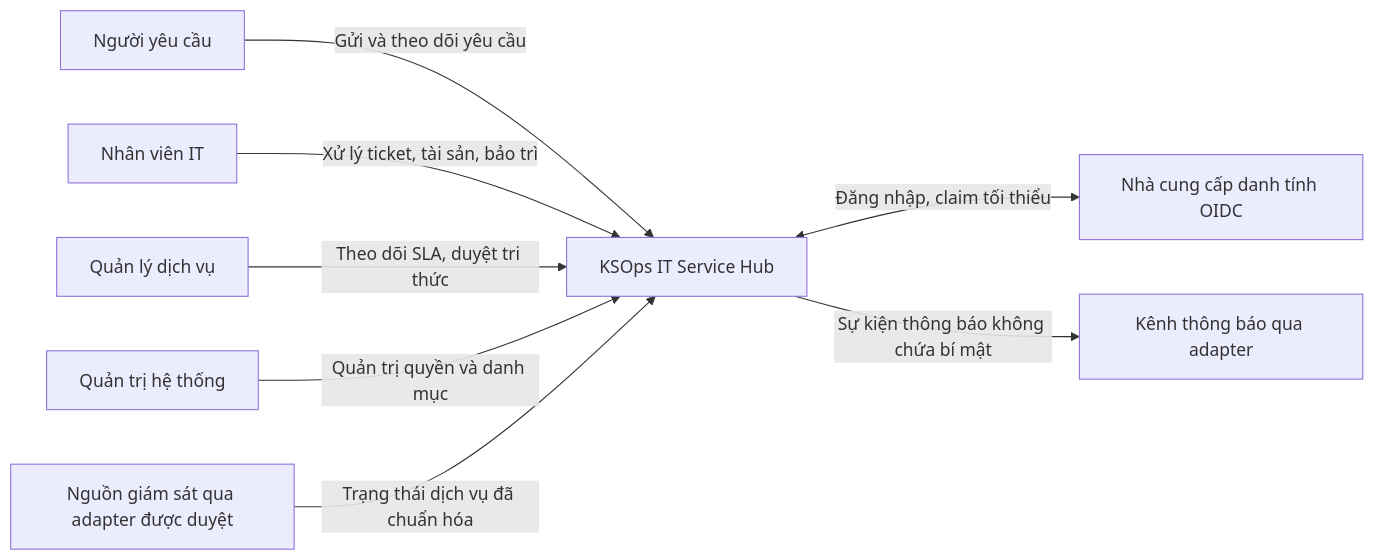
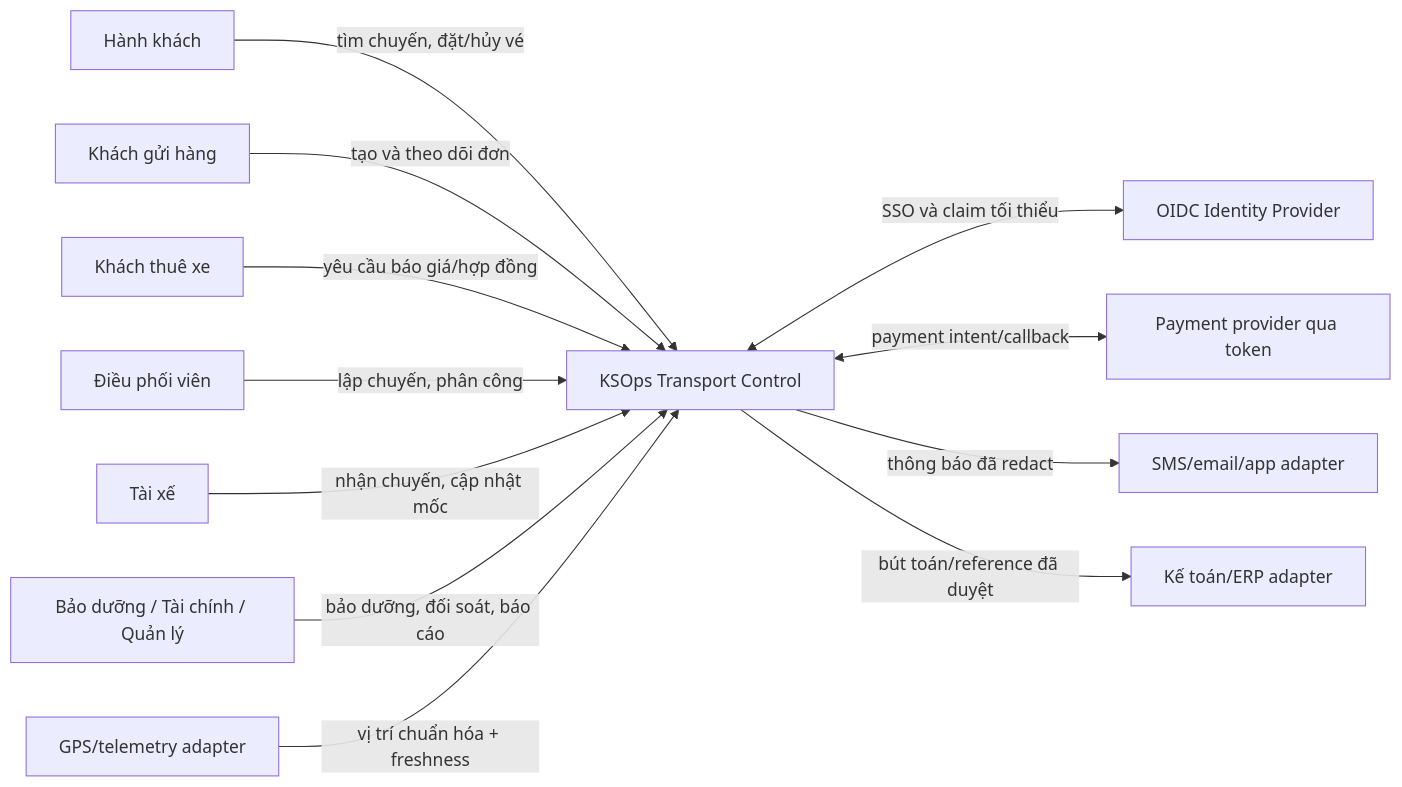
The first of 6 diagrams in docs/ARCHITECTURE.md (QuangHuy71104/kumho-smartops), drawn with Mermaid before and after one commit. The commit also changed other lines of this file and 113 other files, not shown here.

Commit message:
feat: rebuild KSOps for transport operations

````diff
--- a/docs/ARCHITECTURE.md
+++ b/docs/ARCHITECTURE.md
@@ -20,19 +14,27 @@
 ```mermaid
 flowchart LR
-    Requester["Người yêu cầu"]
-    Agent["Nhân viên IT"]
-    Manager["Quản lý dịch vụ"]
-    Admin["Quản trị hệ thống"]
-    IdP["Nhà cung cấp danh tính OIDC"]
-    Monitor["Nguồn giám sát qua adapter được duyệt"]
-    Notify["Kênh thông báo qua adapter"]
-    KSOps["KSOps IT Service Hub"]
+    Passenger["Hành khách"]
+    Sender["Khách gửi hàng"]
+    Corporate["Khách thuê xe"]
+    Dispatcher["Điều phối viên"]
+    Driver["Tài xế"]
+    Ops["Bảo dưỡng / Tài chính / Quản lý"]
+    IdP["OIDC Identity Provider"]
+    Payment["Payment provider qua token"]
+    GPS["GPS/telemetry adapter"]
+    Notify["SMS/email/app adapter"]
+    Accounting["Kế toán/ERP adapter"]
+    KSOps["KSOps Transport Control"]
 
-    Requester -->|"Gửi và theo dõi yêu cầu"| KSOps
-    Agent -->|"Xử lý ticket, tài sản, bảo trì"| KSOps
-    Manager -->|"Theo dõi SLA, duyệt tri thức"| KSOps
-    Admin -->|"Quản trị quyền và danh mục"| KSOps
-    KSOps <-->|"Đăng nhập, claim tối thiểu"| IdP
-    Monitor -->|"Trạng thái dịch vụ đã chuẩn hóa"| KSOps
-    KSOps -->|"Sự kiện thông báo không chứa bí mật"| Notify
+    Passenger -->|"tìm chuyến, đặt/hủy vé"| KSOps
+    Sender -->|"tạo và theo dõi đơn"| KSOps
+    Corporate -->|"yêu cầu báo giá/hợp đồng"| KSOps
+    Dispatcher -->|"lập chuyến, phân công"| KSOps
+    Driver -->|"nhận chuyến, cập nhật mốc"| KSOps
+    Ops -->|"bảo dưỡng, đối soát, báo cáo"| KSOps
+    KSOps <-->|"SSO và claim tối thiểu"| IdP
+    KSOps <-->|"payment intent/callback"| Payment
+    GPS -->|"vị trí chuẩn hóa + freshness"| KSOps
+    KSOps -->|"thông báo đã redact"| Notify
+    KSOps -->|"bút toán/reference đã duyệt"| Accounting
 ```
````
